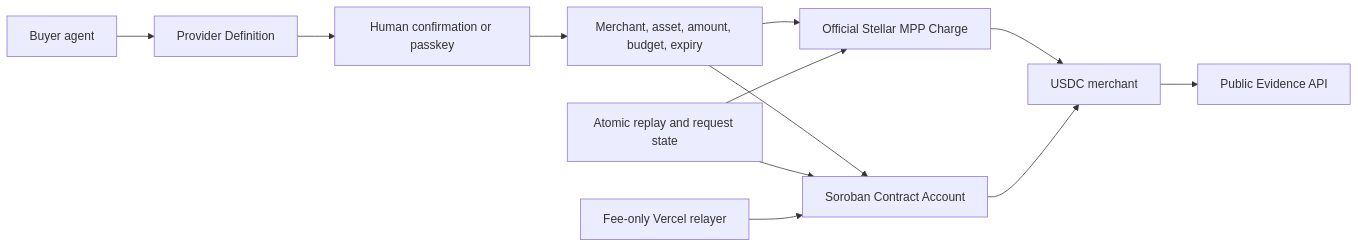
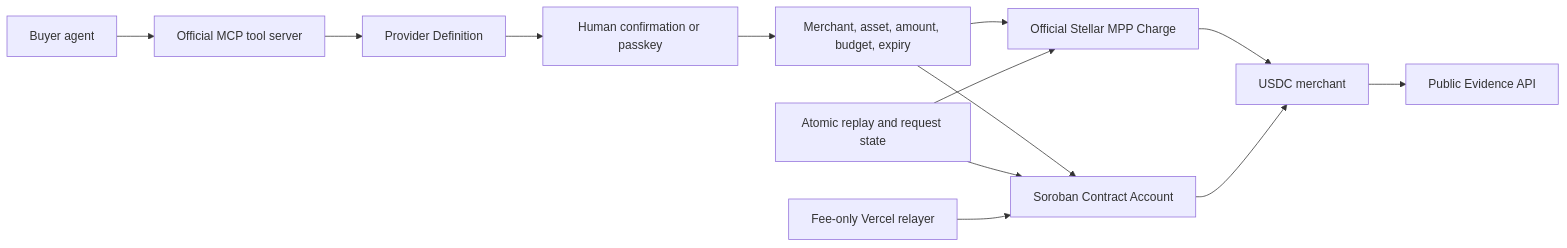
Before and after one commit to CaBsCrypto/stellar-agent-spend-hub: the first of 2 diagrams in docs/architecture.md, drawn with Mermaid. The commit also changed other lines of this file and 12 other files, not shown here.

````diff
--- a/docs/architecture.md
+++ b/docs/architecture.md
@@ -9,14 +9,15 @@
 ```mermaid
 flowchart LR
-  Agent["Buyer agent"] --> Directory["Provider Definition"]
+  Agent["Buyer agent"] --> MCP["Official MCP tool server"]
+  MCP --> Directory["Provider Definition"]
   Directory --> Authorization["Human confirmation or passkey"]
   Authorization --> Policy["Merchant, asset, amount, budget, expiry"]
   Policy --> MPP["Official Stellar MPP Charge"]
   Policy --> Account["Soroban Contract Account"]
   MPP --> Merchant["USDC merchant"]
   Account --> Merchant
   Merchant --> Evidence["Public Evidence API"]
   Upstash["Atomic replay and request state"] --> MPP
   Upstash --> Account
   Relayer["Fee-only Vercel relayer"] --> Account
 ```
````
